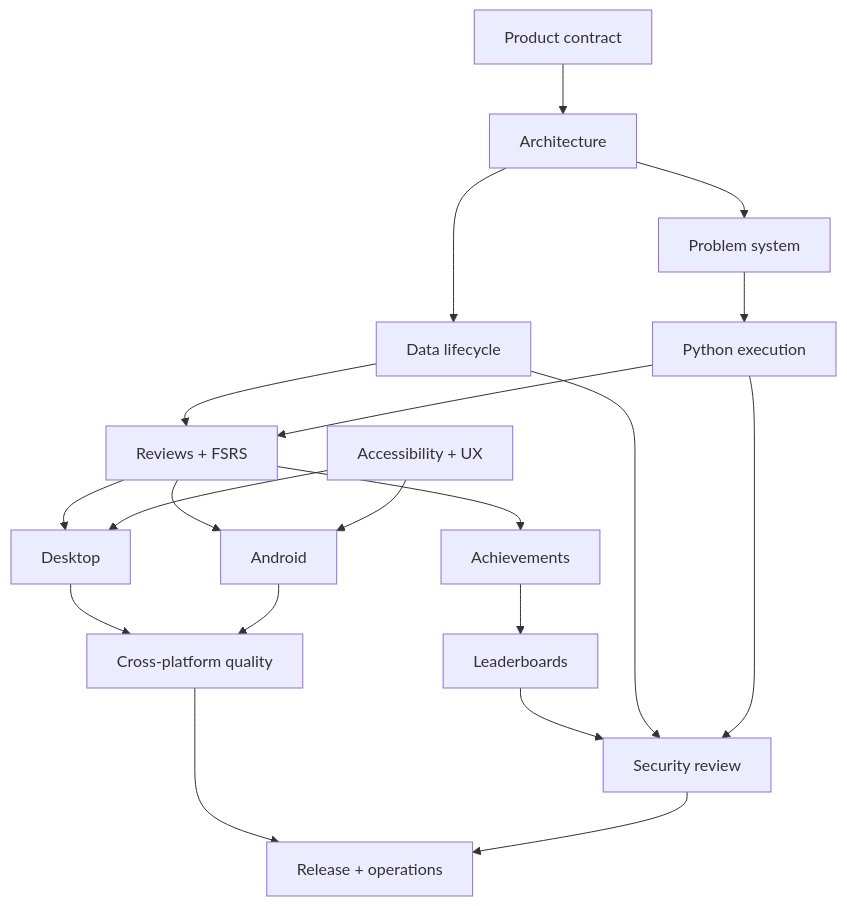
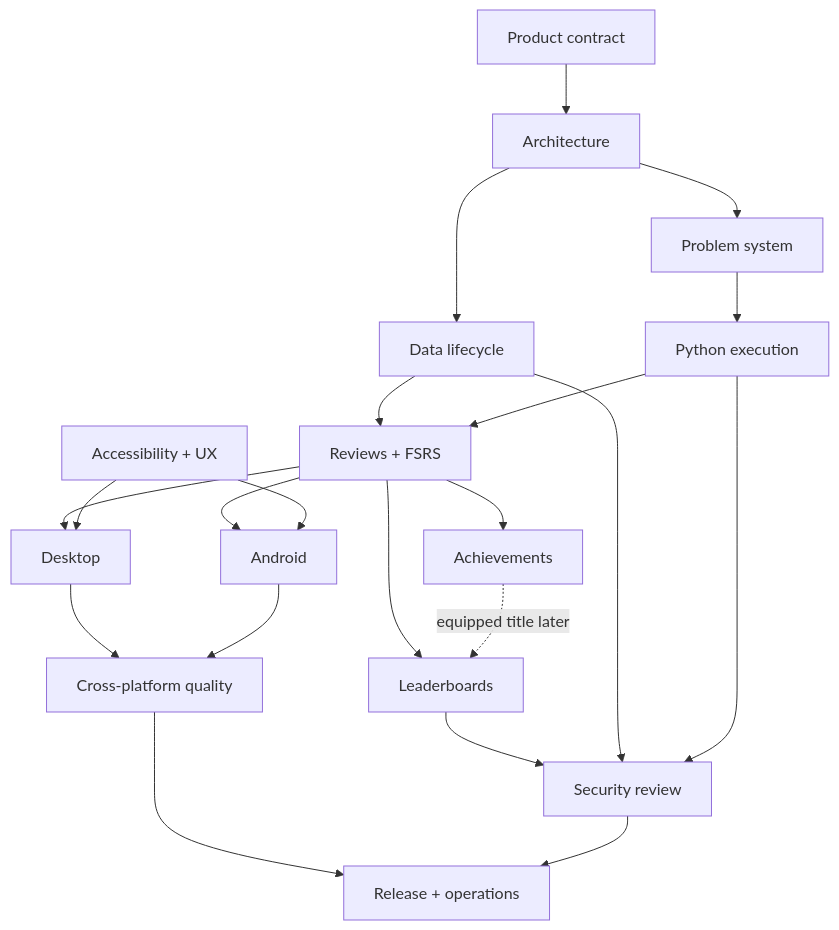
Before and after one commit to bee-san/BeeCode: the diagram in goals/README.md, drawn with Mermaid. The commit also changed other lines of this file and 3 other files, not shown here.

````diff
--- a/goals/README.md
+++ b/goals/README.md
@@ -101,22 +101,23 @@
 ```mermaid
 flowchart TD
     PROD["Product contract"] --> ARCH["Architecture"]
     ARCH --> PROB["Problem system"]
     ARCH --> DATA["Data lifecycle"]
     PROB --> RUN["Python execution"]
     DATA --> SRS["Reviews + FSRS"]
     RUN --> SRS
     SRS --> DSK["Desktop"]
     SRS --> AND["Android"]
     SRS --> ACH["Achievements"]
-    ACH --> LDB["Leaderboards"]
+    SRS --> LDB["Leaderboards"]
+    ACH -. "equipped title later" .-> LDB
     DSK --> QLT["Cross-platform quality"]
     AND --> QLT
     LDB --> SEC["Security review"]
     DATA --> SEC
     RUN --> SEC
     QLT --> OPS["Release + operations"]
     SEC --> OPS
     UX["Accessibility + UX"] --> DSK
     UX --> AND
 ```
````
